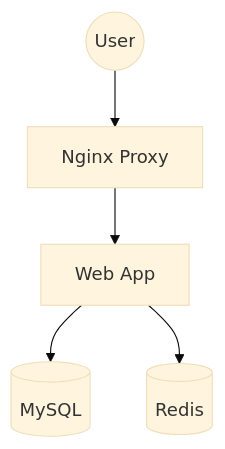
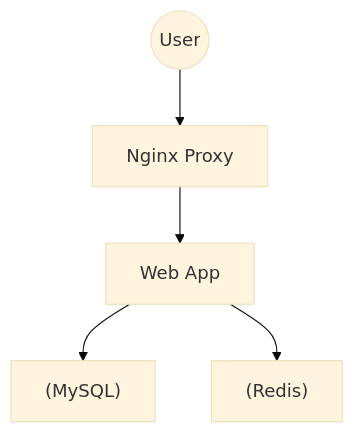
One commit to Devliang24/bloghub changed the diagram in docker/04-DockerCompose编排.md. Above: the diagram before and after it, drawn with Mermaid (base theme). The commit also changed 1 other file, not shown here.

Commit message:
🐛 修复 Mermaid 语法 (参数化测试和Docker编排图)

````diff
--- a/docker/04-DockerCompose编排.md
+++ b/docker/04-DockerCompose编排.md
@@ -19,8 +19,8 @@
 ```mermaid
 graph TD
     User((User)) --> Nginx[Nginx Proxy]
     Nginx --> Web[Web App]
-    Web --> DB[(MySQL)]
-    Web --> Redis[(Redis)]
+    Web --> DB["(MySQL)"]
+    Web --> Redis["(Redis)"]
 
 ```
````
